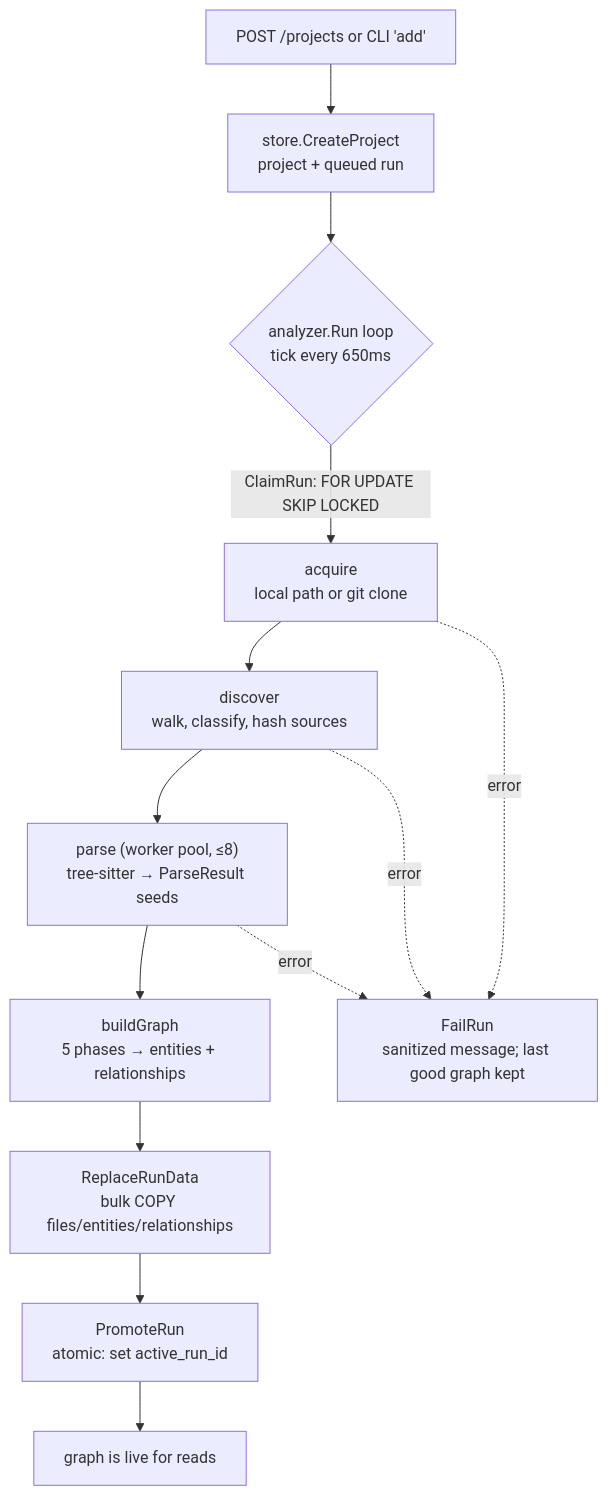
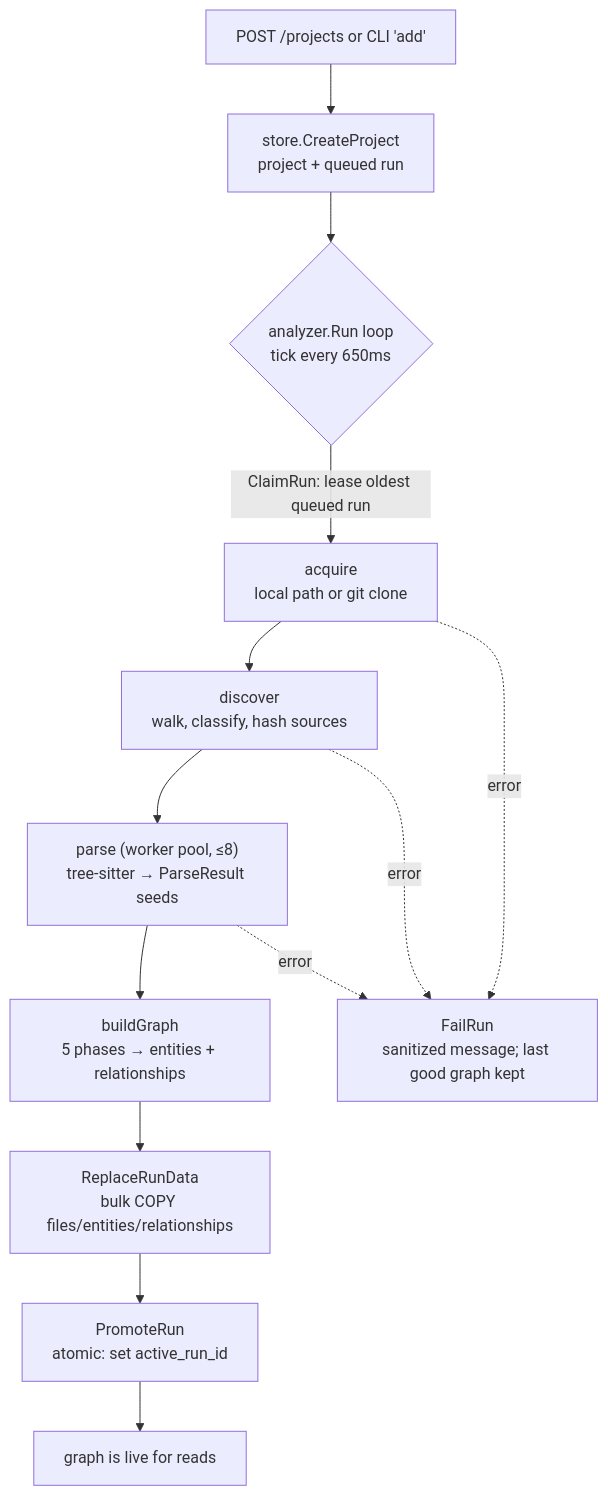
Before and after one commit to 0xuntamed/code-atlas: the first of 2 diagrams in docs/ARCHITECTURE.md, drawn with Mermaid. The commit also changed other lines of this file and 12 other files, not shown here.

````diff
--- a/docs/ARCHITECTURE.md
+++ b/docs/ARCHITECTURE.md
@@ -137,15 +140,15 @@
 ```mermaid
 flowchart TD
     A["POST /projects or CLI 'add'"] --> B["store.CreateProject<br/>project + queued run"]
     B --> C{"analyzer.Run loop<br/>tick every 650ms"}
-    C -->|"ClaimRun: FOR UPDATE SKIP LOCKED"| D["acquire<br/>local path or git clone"]
+    C -->|"ClaimRun: lease oldest queued run"| D["acquire<br/>local path or git clone"]
     D --> E["discover<br/>walk, classify, hash sources"]
     E --> F["parse (worker pool, ≤8)<br/>tree-sitter → ParseResult seeds"]
     F --> G["buildGraph<br/>5 phases → entities + relationships"]
     G --> H["ReplaceRunData<br/>bulk COPY files/entities/relationships"]
     H --> I["PromoteRun<br/>atomic: set active_run_id"]
     I --> J["graph is live for reads"]
     D -.->|error| K["FailRun<br/>sanitized message; last good graph kept"]
     E -.->|error| K
     F -.->|error| K
 ```
````
